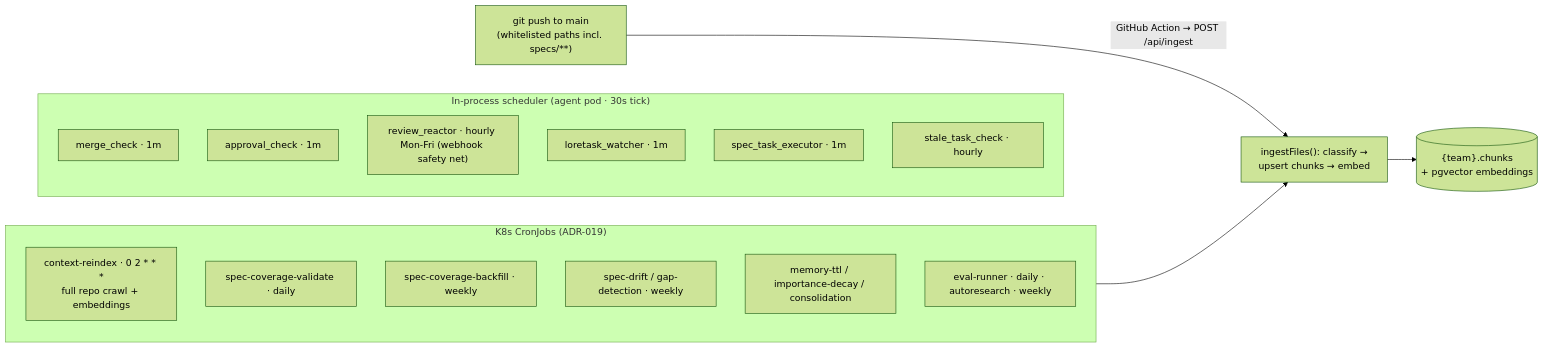
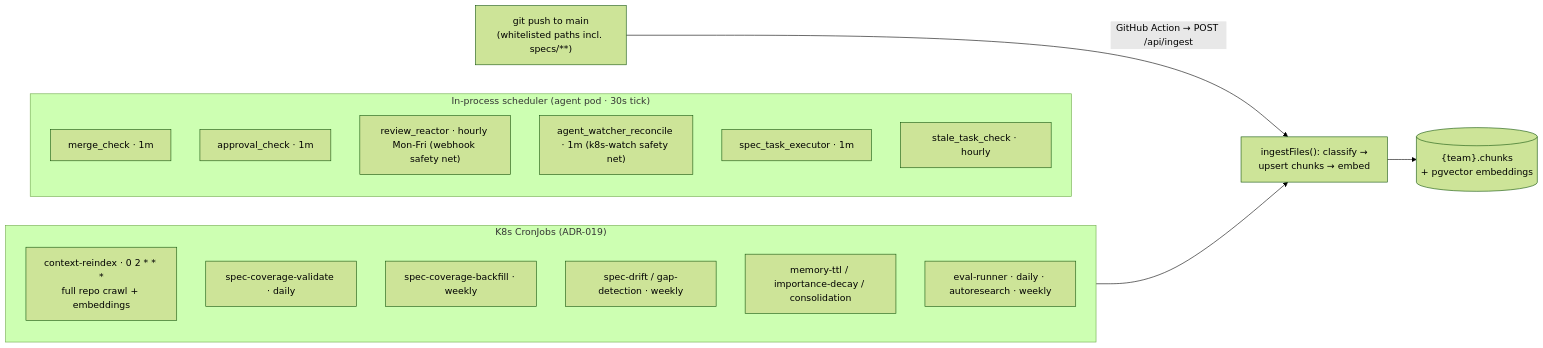
The third of 3 diagrams in docs/building-lore/architecture.md (re-cinq/lore), drawn with Mermaid (forest theme) before and after one commit. The commit also changed other lines of this file and 8 other files, not shown here.

````diff
--- a/docs/building-lore/architecture.md
+++ b/docs/building-lore/architecture.md
@@ -83,26 +83,26 @@
 ```mermaid
 flowchart LR
     subgraph inproc["In-process scheduler (agent pod · 30s tick)"]
         direction TB
         J1["merge_check · 1m"]
         J2["approval_check · 1m"]
         J3["review_reactor · hourly Mon-Fri (webhook safety net)"]
-        J4["loretask_watcher · 1m"]
+        J4["agent_watcher_reconcile · 1m (k8s-watch safety net)"]
         J5["spec_task_executor · 1m"]
         J6["stale_task_check · hourly"]
     end
 
     subgraph k8scron["K8s CronJobs (ADR-019)"]
         direction TB
         C1["context-reindex · 0 2 * * *<br/>full repo crawl + embeddings"]
         C2["spec-coverage-validate · daily"]
         C3["spec-coverage-backfill · weekly"]
         C4["spec-drift / gap-detection · weekly"]
         C5["memory-ttl / importance-decay / consolidation"]
         C6["eval-runner · daily · autoresearch · weekly"]
     end
 
     PUSH["git push to main<br/>(whitelisted paths incl. specs/**)"] -->|"GitHub Action → POST /api/ingest"| ING["ingestFiles(): classify →<br/>upsert chunks → embed"]
     C1 --> ING
     ING --> DB[("{team}.chunks<br/>+ pgvector embeddings")]
 ```
````
